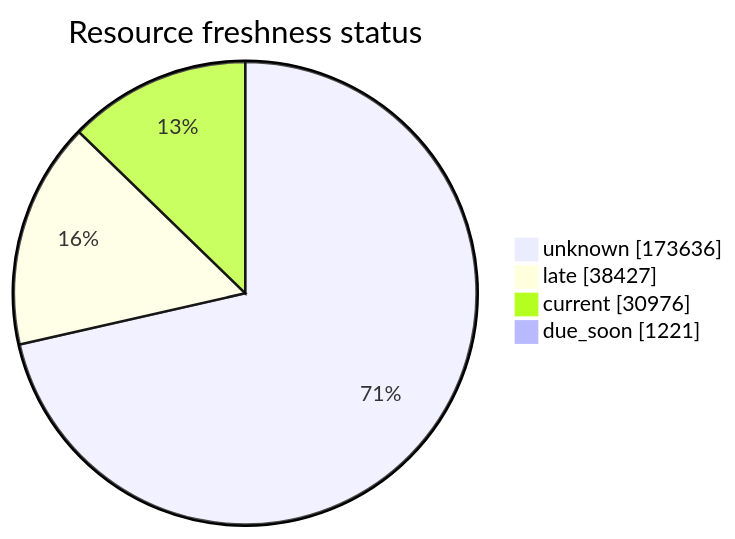
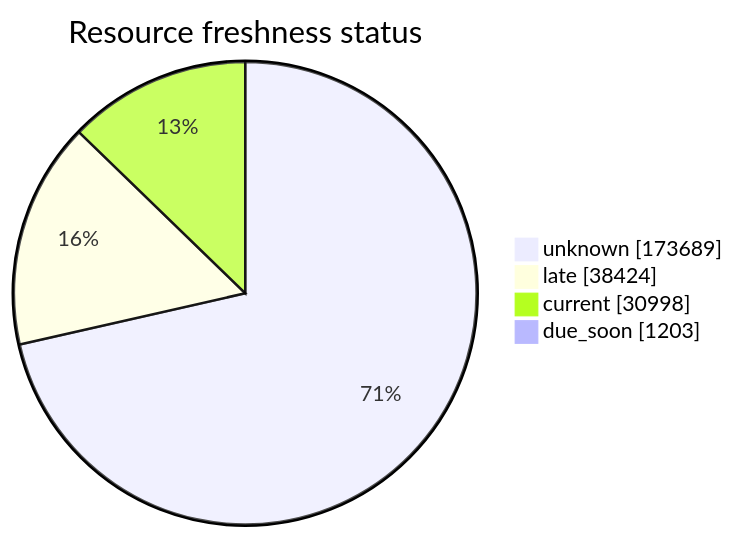
The third of 5 diagrams in FreshCheck/README.md (open-data/analytics-corporate-reporting), drawn with Mermaid before and after one commit. The commit also changed other lines of this file and 3 other files, not shown here.

````diff
--- a/FreshCheck/README.md
+++ b/FreshCheck/README.md
@@ -77,7 +77,7 @@
 ```mermaid
 pie showData title Resource freshness status
-    "unknown": 173636
-    "late": 38427
-    "current": 30976
-    "due_soon": 1221
+    "unknown": 173689
+    "late": 38424
+    "current": 30998
+    "due_soon": 1203
 ```
````
